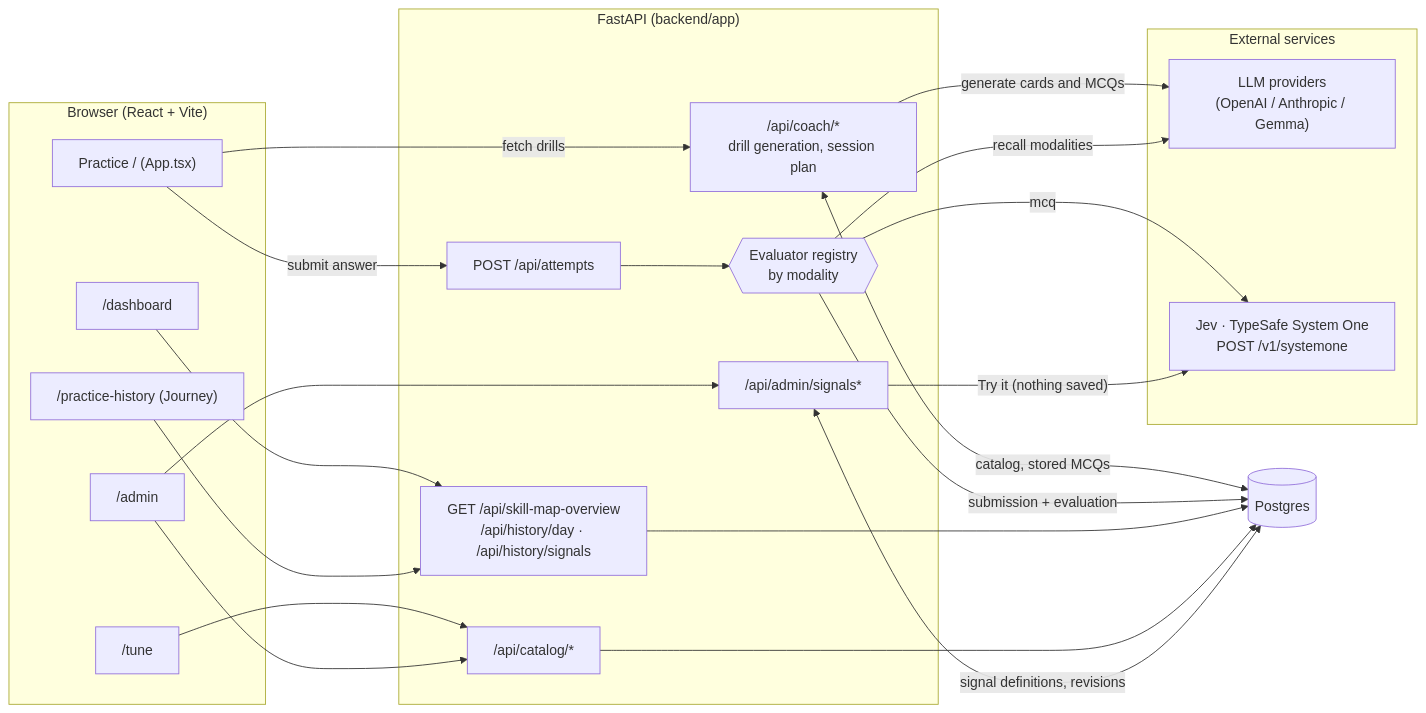
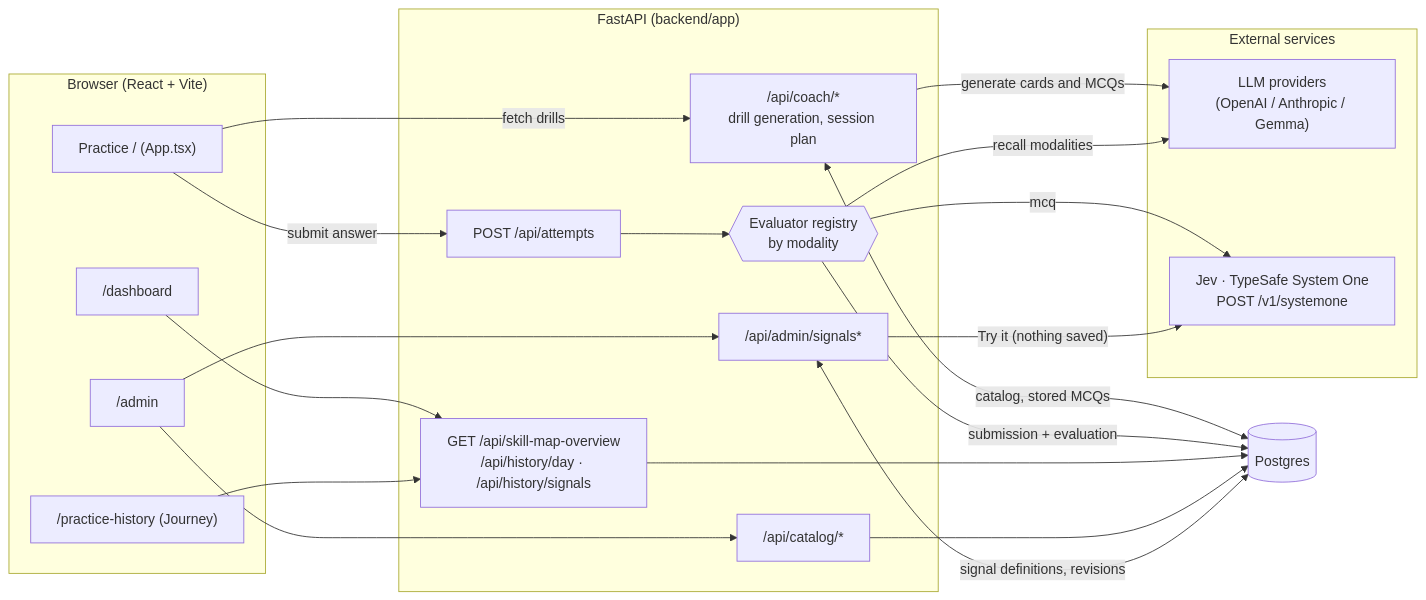
The first of 5 diagrams in docs/data-flow.md (maxmarzolf/system1), drawn with Mermaid before and after one commit. The commit also changed other lines of this file and 14 other files, not shown here.

````diff
--- a/docs/data-flow.md
+++ b/docs/data-flow.md
@@ -7,45 +7,43 @@
 ```mermaid
 flowchart LR
   subgraph Browser["Browser (React + Vite)"]
     Practice["Practice / (App.tsx)"]
     Dashboard["/dashboard"]
     Journey["/practice-history (Journey)"]
-    Tune["/tune"]
     Admin["/admin"]
   end
 
   subgraph API["FastAPI (backend/app)"]
     Coach["/api/coach/*<br/>drill generation, session plan"]
     Attempts["POST /api/attempts"]
     Reads["GET /api/skill-map-overview<br/>/api/history/day · /api/history/signals"]
     Catalog["/api/catalog/*"]
     AdminAPI["/api/admin/signals*"]
     Evaluators{{"Evaluator registry<br/>by modality"}}
   end
 
   subgraph External["External services"]
     LLM["LLM providers<br/>(OpenAI / Anthropic / Gemma)"]
     Jev["Jev · TypeSafe System One<br/>POST /v1/systemone"]
   end
 
   DB[("Postgres")]
 
   Practice -->|"fetch drills"| Coach
   Coach -->|"generate cards and MCQs"| LLM
   Coach <-->|"catalog, stored MCQs"| DB
   Practice -->|"submit answer"| Attempts
   Attempts --> Evaluators
   Evaluators -->|"mcq"| Jev
   Evaluators -->|"recall modalities"| LLM
   Evaluators -->|"submission + evaluation"| DB
 
   Dashboard --> Reads
   Journey --> Reads
   Reads --> DB
-  Tune --> Catalog
   Admin --> Catalog
   Catalog --> DB
   Admin --> AdminAPI
   AdminAPI <-->|"signal definitions, revisions"| DB
   AdminAPI -->|"Try it (nothing saved)"| Jev
 ```
````
